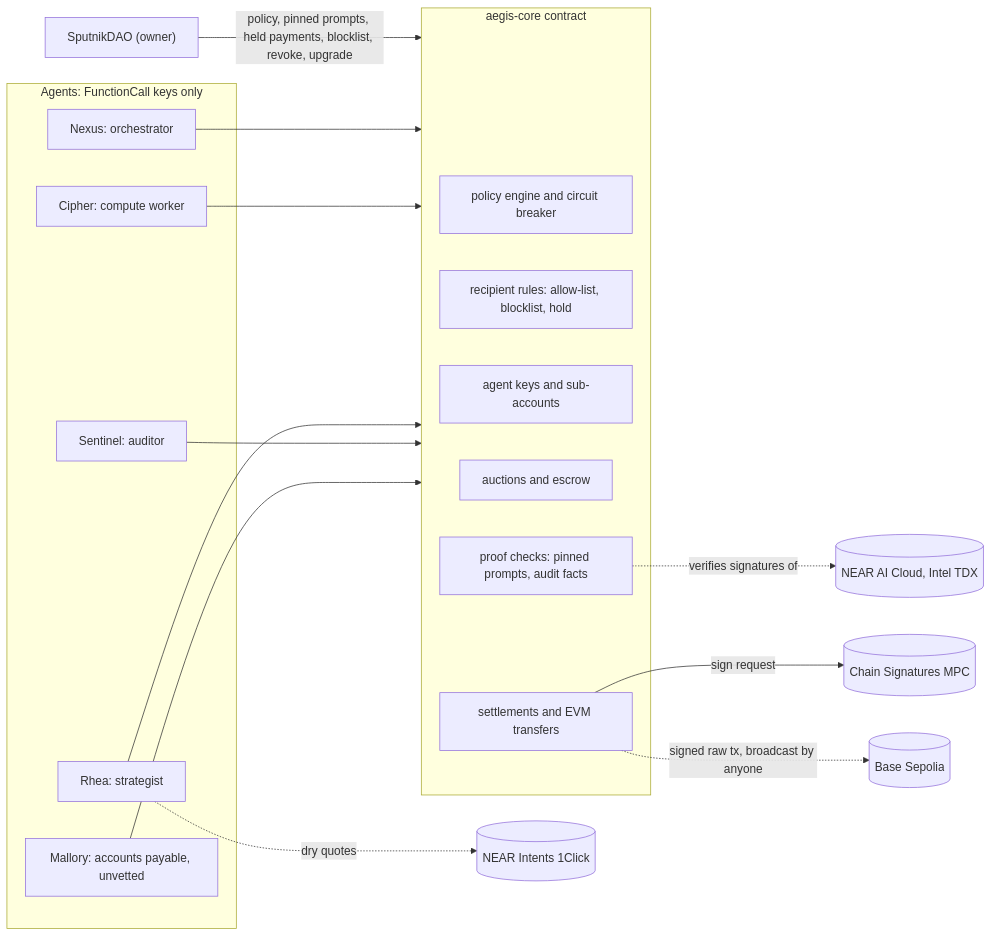
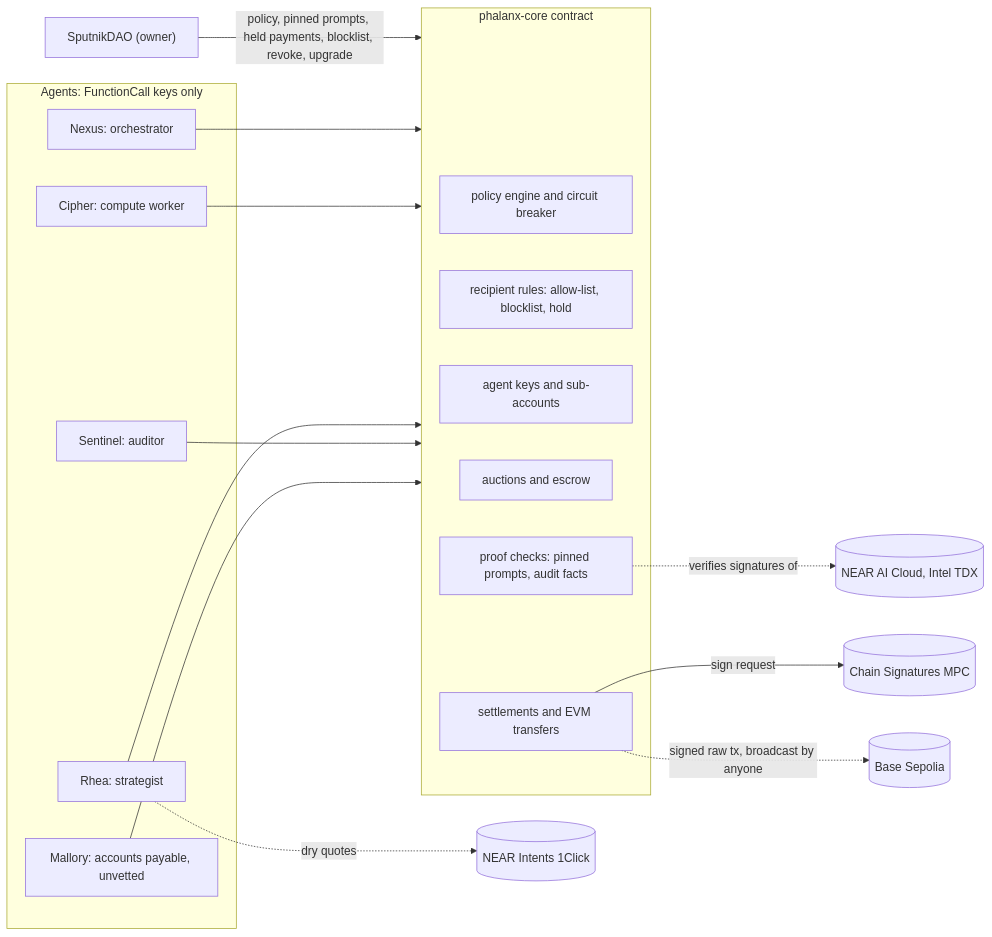
Before and after one commit to AmirMP12/PhalanxSwarm: the diagram in README.md, drawn with Mermaid. The commit also changed other lines of this file and 123 other files, not shown here.

````diff
--- a/README.md
+++ b/README.md
@@ -163,24 +171,24 @@
 ```mermaid
 flowchart LR
   DAO["SputnikDAO (owner)"] -- "policy, pinned prompts, held payments, blocklist, revoke, upgrade" --> C
   subgraph Agents["Agents: FunctionCall keys only"]
     N["Nexus: orchestrator"]
     X["Cipher: compute worker"]
     R["Rhea: strategist"]
     S["Sentinel: auditor"]
     M["Mallory: accounts payable, unvetted"]
   end
-  subgraph C["aegis-core contract"]
+  subgraph C["phalanx-core contract"]
     P["policy engine and circuit breaker"]
     B["recipient rules: allow-list, blocklist, hold"]
     K["agent keys and sub-accounts"]
     MK["auctions and escrow"]
     A["proof checks: pinned prompts, audit facts"]
     I["settlements and EVM transfers"]
   end
   N & X & R & S & M --> C
   A -. "verifies signatures of" .-> AI[("NEAR AI Cloud, Intel TDX")]
   I -- "sign request" --> MPC[("Chain Signatures MPC")]
   I -. "signed raw tx, broadcast by anyone" .-> EVM[("Base Sepolia")]
   R -. "dry quotes" .-> OC[("NEAR Intents 1Click")]
 ```
````
